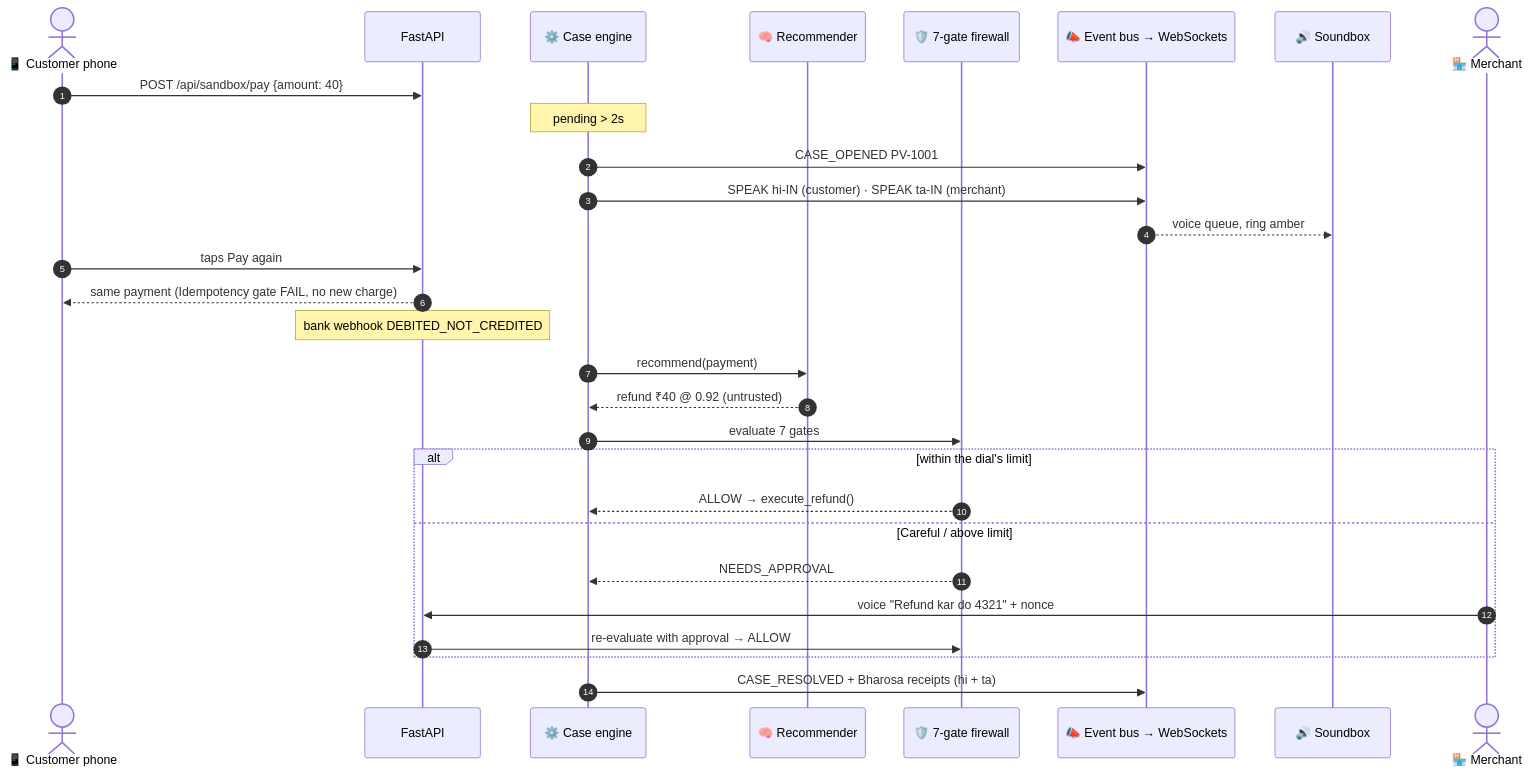
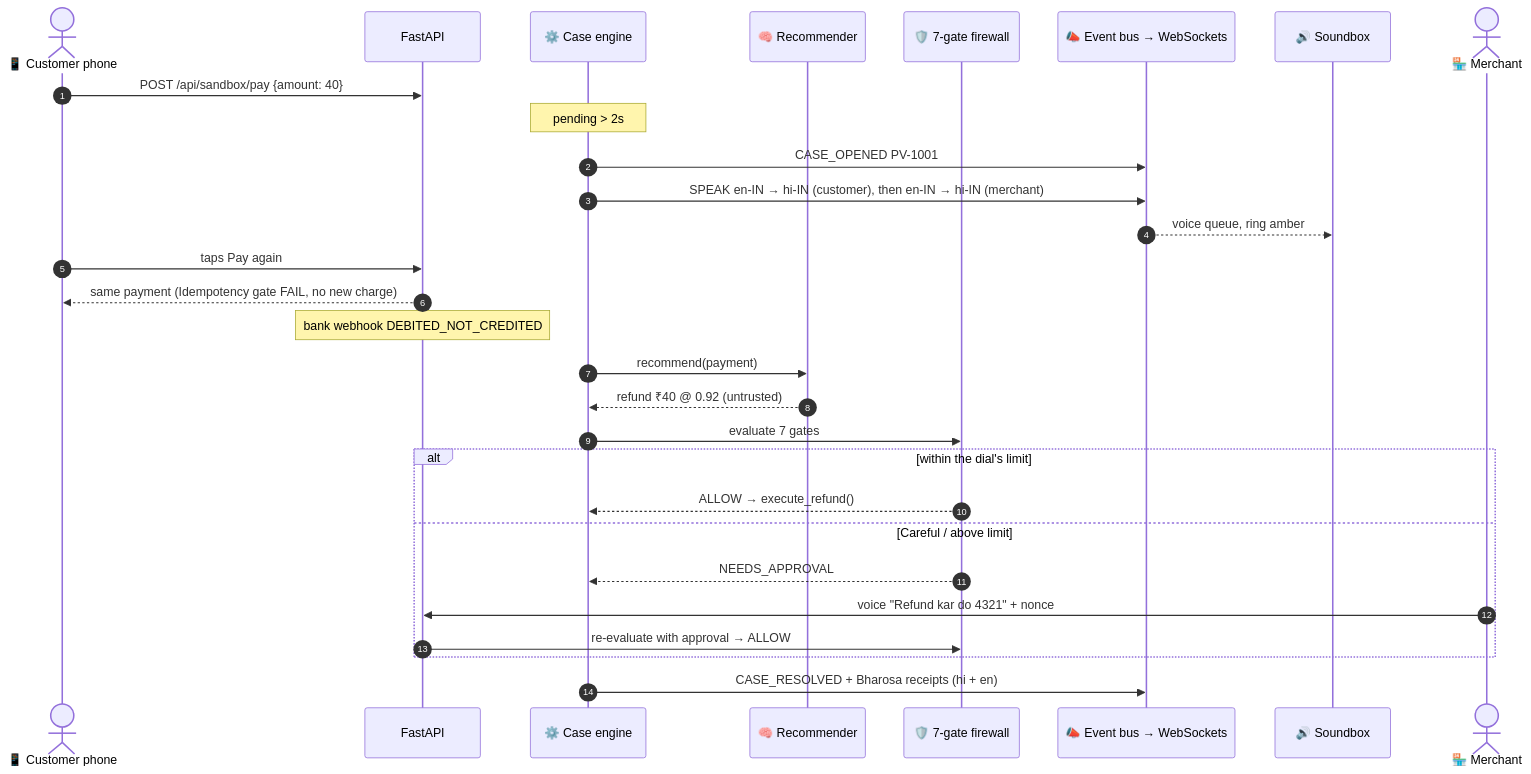
Before and after one commit to Noufalthecoder/pivaani: the second of 2 diagrams in README.md, drawn with Mermaid. The commit also changed other lines of this file and 5 other files, not shown here.

First line of the commit message:
Speak every soundbox line in English first, then Hindi

````diff
--- a/README.md
+++ b/README.md
@@ -208,32 +208,32 @@
 ```mermaid
 sequenceDiagram
     autonumber
     actor C as 📱 Customer phone
     participant API as FastAPI
     participant CE as ⚙️ Case engine
     participant R as 🧠 Recommender
     participant FW as 🛡️ 7-gate firewall
     participant BUS as 📣 Event bus → WebSockets
     participant SB as 🔊 Soundbox
     actor M as 🏪 Merchant
 
     C->>API: POST /api/sandbox/pay {amount: 40}
     Note over CE: pending > 2s
     CE->>BUS: CASE_OPENED PV-1001
-    CE->>BUS: SPEAK hi-IN (customer) · SPEAK ta-IN (merchant)
+    CE->>BUS: SPEAK en-IN → hi-IN (customer), then en-IN → hi-IN (merchant)
     BUS-->>SB: voice queue, ring amber
     C->>API: taps Pay again
     API-->>C: same payment (Idempotency gate FAIL, no new charge)
     Note over API: bank webhook DEBITED_NOT_CREDITED
     CE->>R: recommend(payment)
     R-->>CE: refund ₹40 @ 0.92 (untrusted)
     CE->>FW: evaluate 7 gates
     alt within the dial's limit
         FW-->>CE: ALLOW → execute_refund()
     else Careful / above limit
         FW-->>CE: NEEDS_APPROVAL
         M->>API: voice "Refund kar do 4321" + nonce
         API->>FW: re-evaluate with approval → ALLOW
     end
-    CE->>BUS: CASE_RESOLVED + Bharosa receipts (hi + ta)
+    CE->>BUS: CASE_RESOLVED + Bharosa receipts (hi + en)
 ```
````
